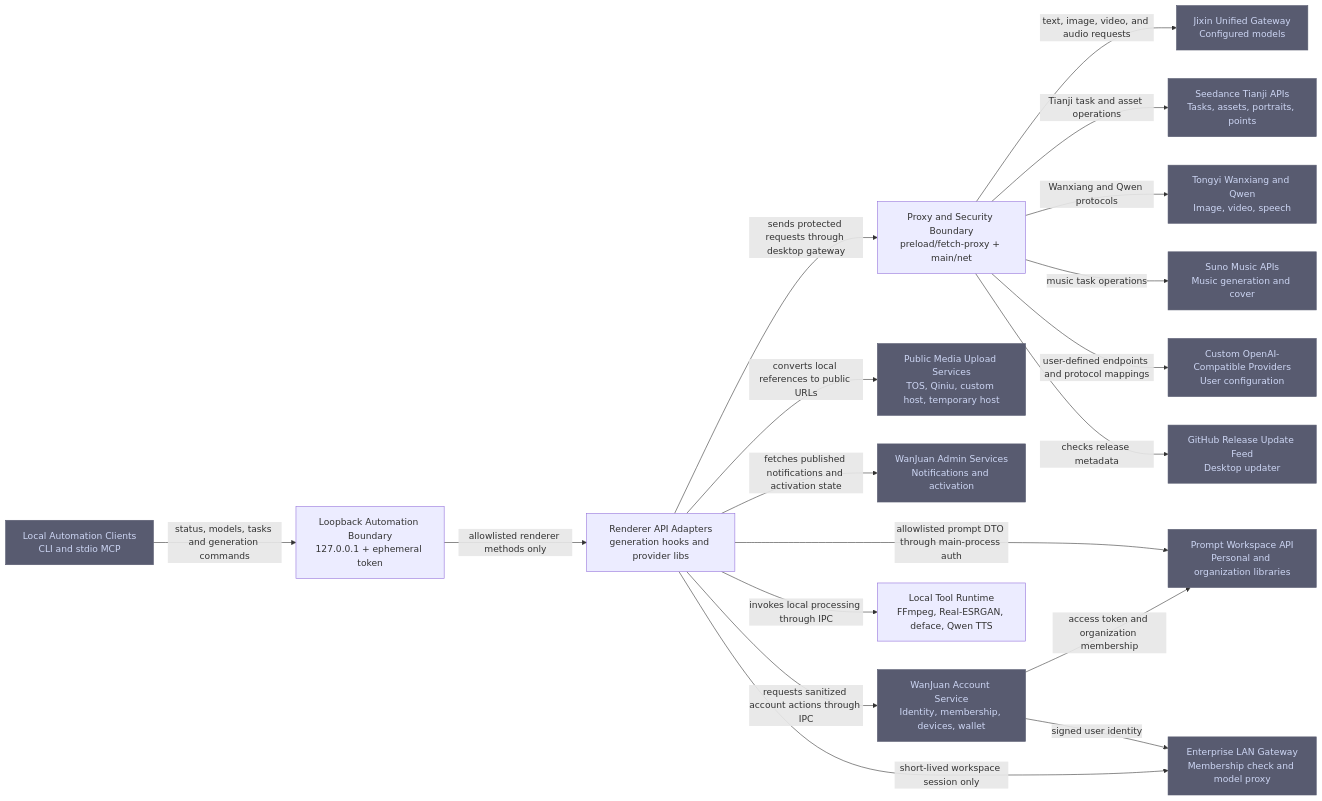
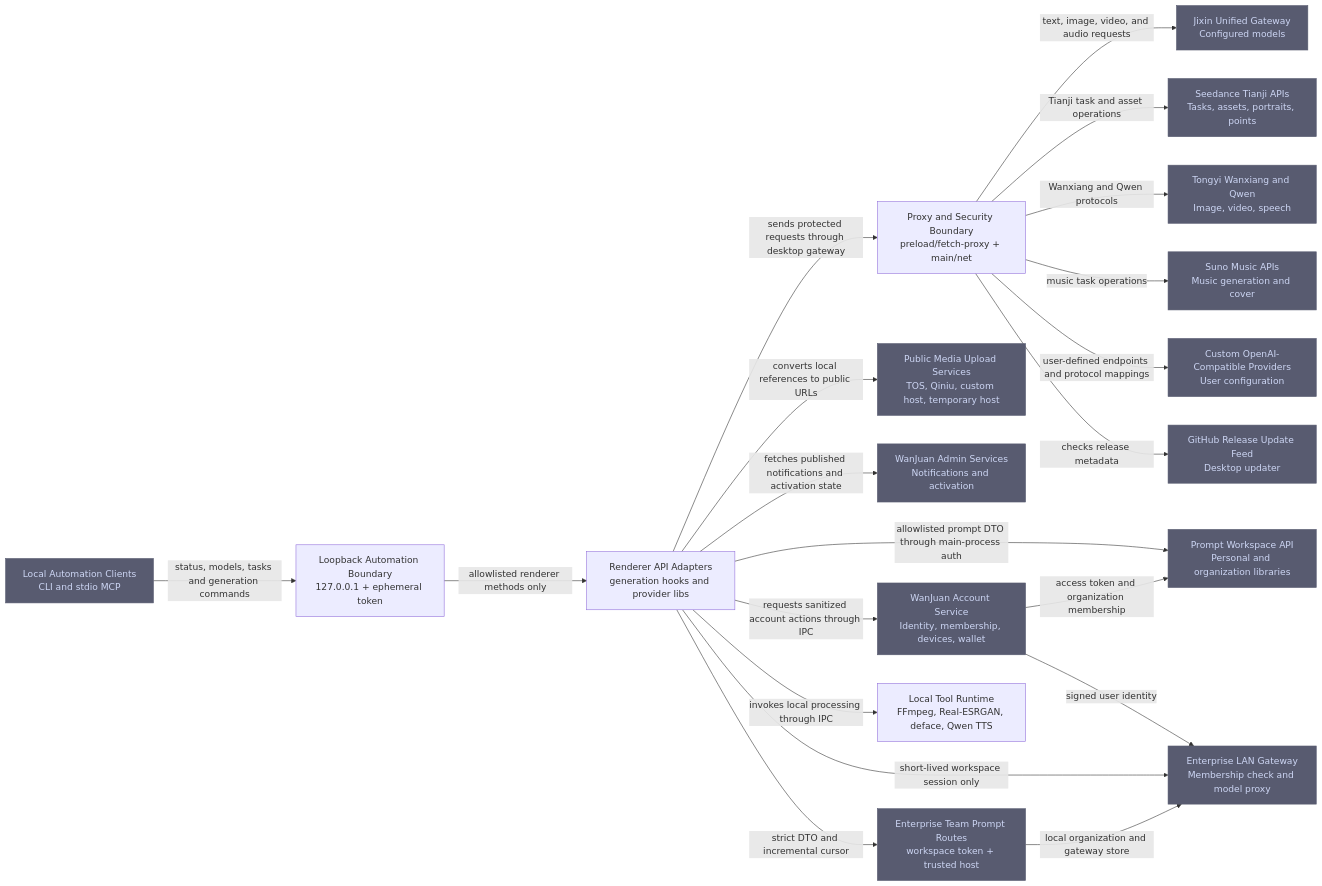
One commit to Guan-XX003/Lingjing-canvas changed the diagram in .omm/external-integrations/diagram.mmd. Above: the diagram before and after it, drawn with Mermaid. The commit also changed 8 other files, not shown here.

Commit message:
Harden enterprise team prompt cache isolation

```diff
--- a/.omm/external-integrations/diagram.mmd
+++ b/.omm/external-integrations/diagram.mmd
@@ -1,37 +1,40 @@
 graph LR
     renderer-adapters["Renderer API Adapters\ngeneration hooks and provider libs"]
     proxy-security["Proxy and Security Boundary\npreload/fetch-proxy + main/net"]
     jixin["Jixin Unified Gateway\nConfigured models"]
     tianji["Seedance Tianji APIs\nTasks, assets, portraits, points"]
     tongyi["Tongyi Wanxiang and Qwen\nImage, video, speech"]
     suno["Suno Music APIs\nMusic generation and cover"]
     custom-providers["Custom OpenAI-Compatible Providers\nUser configuration"]
     upload-services["Public Media Upload Services\nTOS, Qiniu, custom host, temporary host"]
     admin-services["WanJuan Admin Services\nNotifications and activation"]
     account-cloud["WanJuan Account Service\nIdentity, membership, devices, wallet"]
     prompt-cloud["Prompt Workspace API\nPersonal and organization libraries"]
     enterprise-gateway["Enterprise LAN Gateway\nMembership check and model proxy"]
+    enterprise-team-prompts["Enterprise Team Prompt Routes\nworkspace token + trusted host"]
     update-service["GitHub Release Update Feed\nDesktop updater"]
     local-tools["Local Tool Runtime\nFFmpeg, Real-ESRGAN, deface, Qwen TTS"]
     automation-clients["Local Automation Clients\nCLI and stdio MCP"]
     automation-boundary["Loopback Automation Boundary\n127.0.0.1 + ephemeral token"]
     renderer-adapters -->|"sends protected requests through desktop gateway"| proxy-security
     proxy-security -->|"text, image, video, and audio requests"| jixin
     proxy-security -->|"Tianji task and asset operations"| tianji
     proxy-security -->|"Wanxiang and Qwen protocols"| tongyi
     proxy-security -->|"music task operations"| suno
     proxy-security -->|"user-defined endpoints and protocol mappings"| custom-providers
     renderer-adapters -->|"converts local references to public URLs"| upload-services
     renderer-adapters -->|"fetches published notifications and activation state"| admin-services
     renderer-adapters -->|"requests sanitized account actions through IPC"| account-cloud
     renderer-adapters -->|"allowlisted prompt DTO through main-process auth"| prompt-cloud
     account-cloud -->|"access token and organization membership"| prompt-cloud
     account-cloud -->|"signed user identity"| enterprise-gateway
     renderer-adapters -->|"short-lived workspace session only"| enterprise-gateway
+    renderer-adapters -->|"strict DTO and incremental cursor"| enterprise-team-prompts
+    enterprise-team-prompts -->|"local organization and gateway store"| enterprise-gateway
     proxy-security -->|"checks release metadata"| update-service
     renderer-adapters -->|"invokes local processing through IPC"| local-tools
     automation-clients -->|"status, models, tasks and generation commands"| automation-boundary
     automation-boundary -->|"allowlisted renderer methods only"| renderer-adapters
     classDef external fill:#585b70,stroke:#585b70,color:#cdd6f4
-    class jixin,tianji,tongyi,suno,custom-providers,upload-services,admin-services,account-cloud,prompt-cloud,enterprise-gateway,update-service external
+    class jixin,tianji,tongyi,suno,custom-providers,upload-services,admin-services,account-cloud,prompt-cloud,enterprise-gateway,enterprise-team-prompts,update-service external
     class automation-clients external
```
